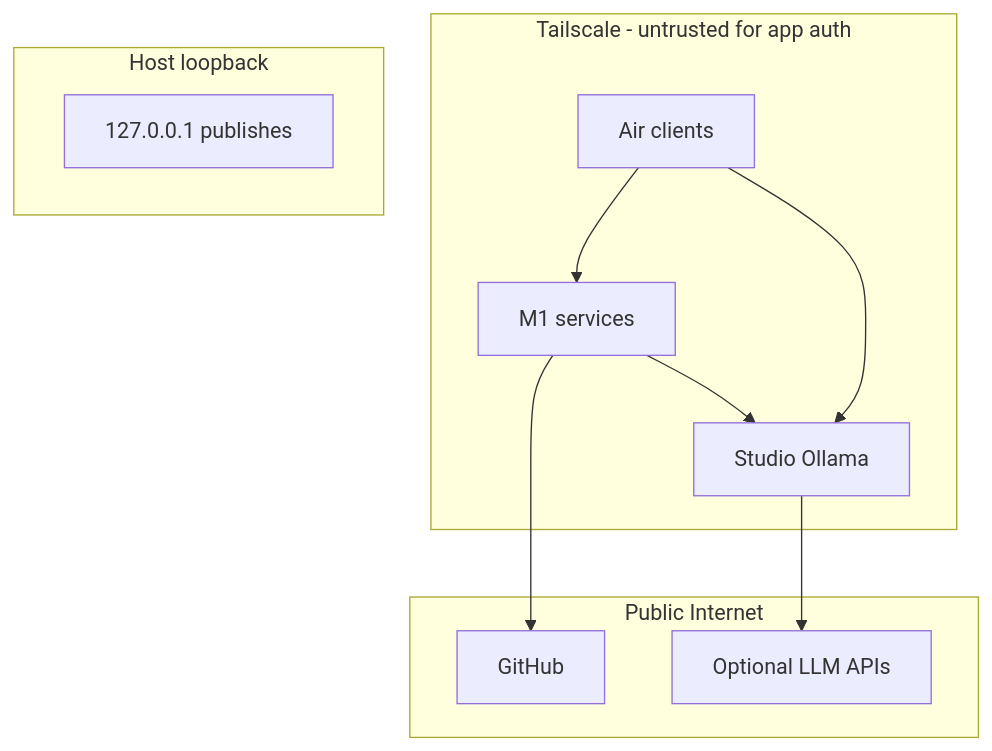
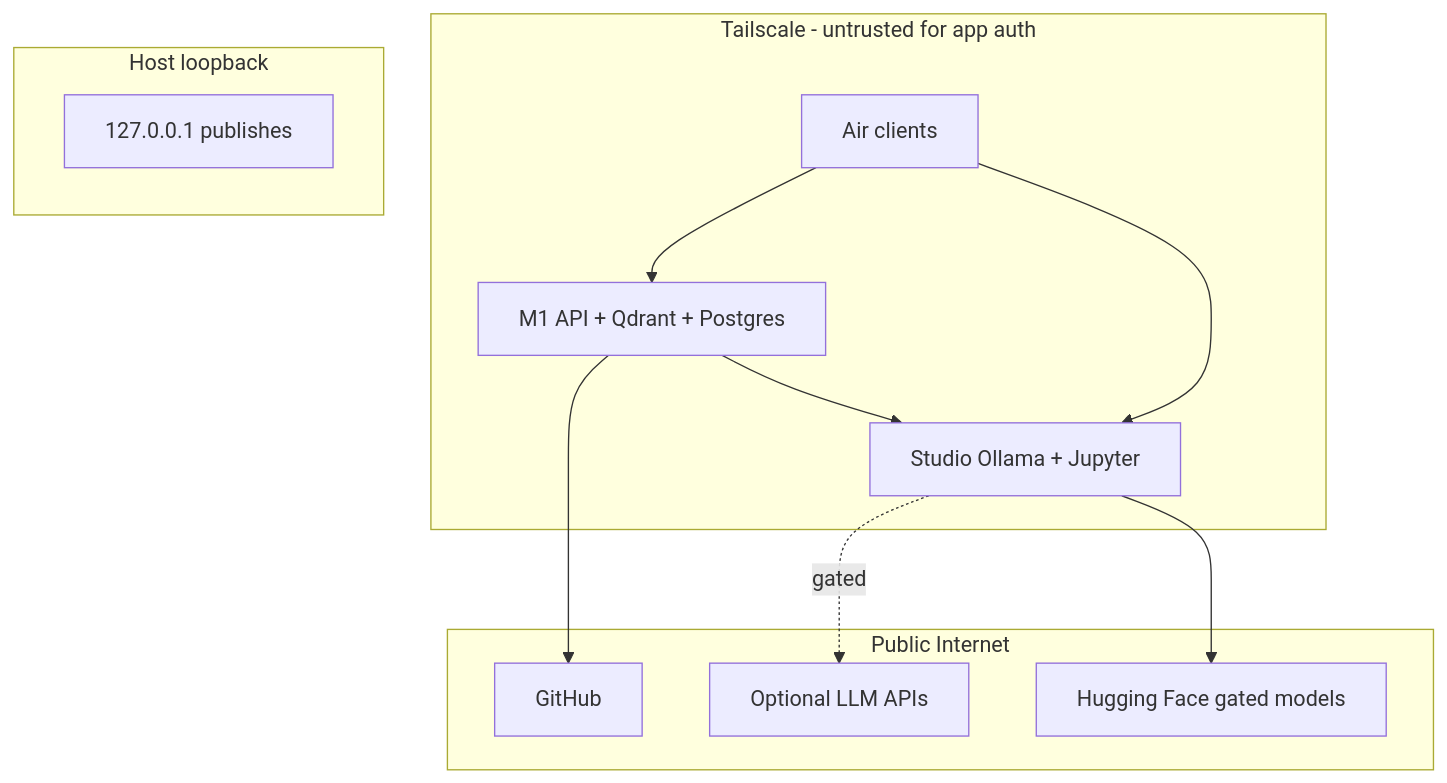
Before and after one commit to sgerhart/ai-lab: the second of 4 diagrams in docs/architecture/diagrams.md, drawn with Mermaid. The commit also changed other lines of this file and 35 other files, not shown here.

First line of the commit message:
Align architecture with live mini/Studio path and ship operator tooling.

````diff
--- a/docs/architecture/diagrams.md
+++ b/docs/architecture/diagrams.md
@@ -17,20 +17,22 @@
 ```mermaid
 flowchart TB
   subgraph public [Public Internet]
     gh[GitHub]
     cloud[Optional LLM APIs]
+    hf[Hugging Face gated models]
   end
   subgraph tailnet [Tailscale - untrusted for app auth]
-    m1[M1 services]
-    st[Studio Ollama]
+    m1[M1 API + Qdrant + Postgres]
+    st[Studio Ollama + Jupyter]
     air[Air clients]
   end
   subgraph loopback [Host loopback]
     local[127.0.0.1 publishes]
   end
   air --> m1
   air --> st
   m1 --> st
   m1 --> gh
-  st --> cloud
+  st --> hf
+  st -.->|gated| cloud
 ```
````
